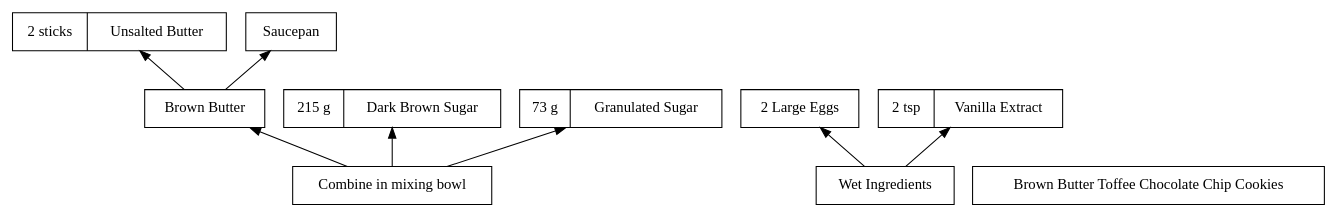
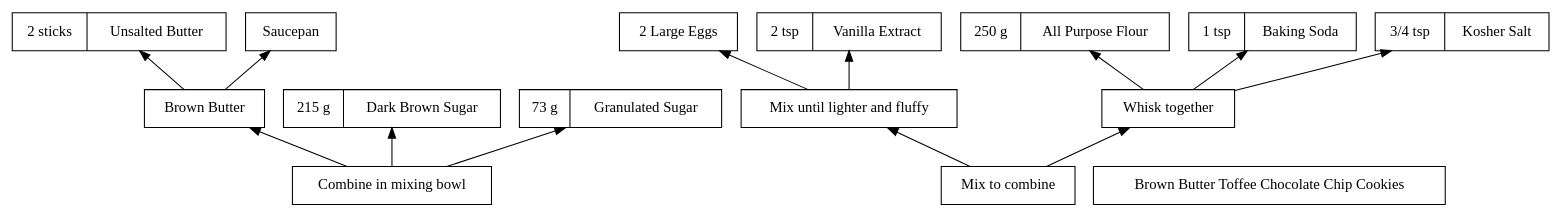
Before and after one commit to isaacsanders/recipes-as-dependency-graphs: the diagram in bon-appetit/brown-butter-toffee-chocolate-chip-cookies/recipe.dot, drawn with Graphviz.

```diff
--- a/bon-appetit/brown-butter-toffee-chocolate-chip-cookies/recipe.dot
+++ b/bon-appetit/brown-butter-toffee-chocolate-chip-cookies/recipe.dot
@@ -1,21 +1,31 @@
 digraph recipe {
   rankdir=BT;
   node [shape=record];
   butter [label="2 sticks|Unsalted Butter"];
   saucepan [type=diamond, label="Saucepan"];
   brown_butter [label="Brown Butter"];
   brown_butter -> butter;
   brown_butter -> saucepan;
   dark_brown_sugar [label="215 g|Dark Brown Sugar"];
   granulated_sugar [label="73 g|Granulated Sugar"];
   sugar_and_butter [label="Combine in mixing bowl"];
   sugar_and_butter -> dark_brown_sugar;
   sugar_and_butter -> granulated_sugar;
   sugar_and_butter -> brown_butter;
   eggs [label="2 Large Eggs"];
   vanilla [label="2 tsp|Vanilla Extract"];
-  wet_ingredients [label="Wet Ingredients"];
+  wet_ingredients [label="Mix until lighter and fluffy"];
   wet_ingredients -> eggs;
   wet_ingredients -> vanilla;
+  ap_flour [label="250 g|All Purpose Flour"];
+  baking_soda [label="1 tsp|Baking Soda"];
+  kosher_salt [label="3/4 tsp|Kosher Salt"];
+  dry_ingredients [label="Whisk together"];
+  dry_ingredients -> ap_flour;
+  dry_ingredients -> baking_soda;
+  dry_ingredients -> kosher_salt;
+  dough [label="Mix to combine"];
+  dough -> dry_ingredients;
+  dough -> wet_ingredients;
   cookies [label="Brown Butter Toffee Chocolate Chip Cookies"];
 }
```
